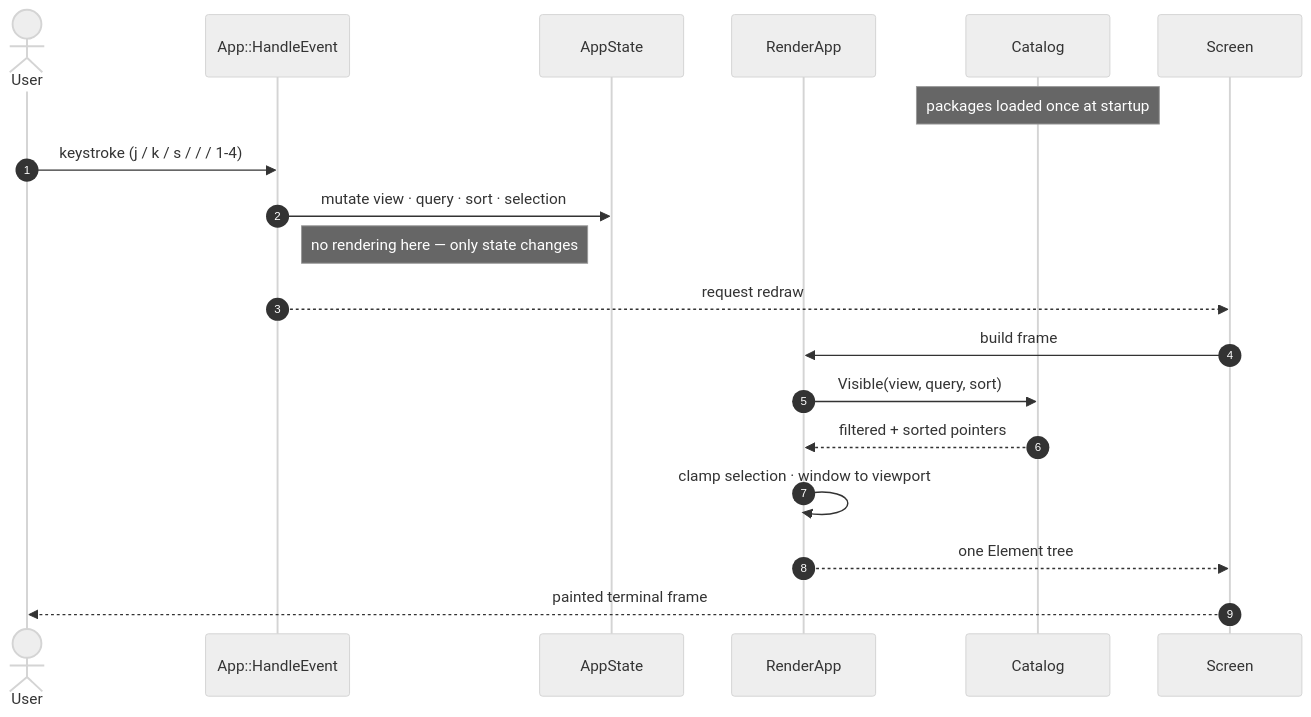
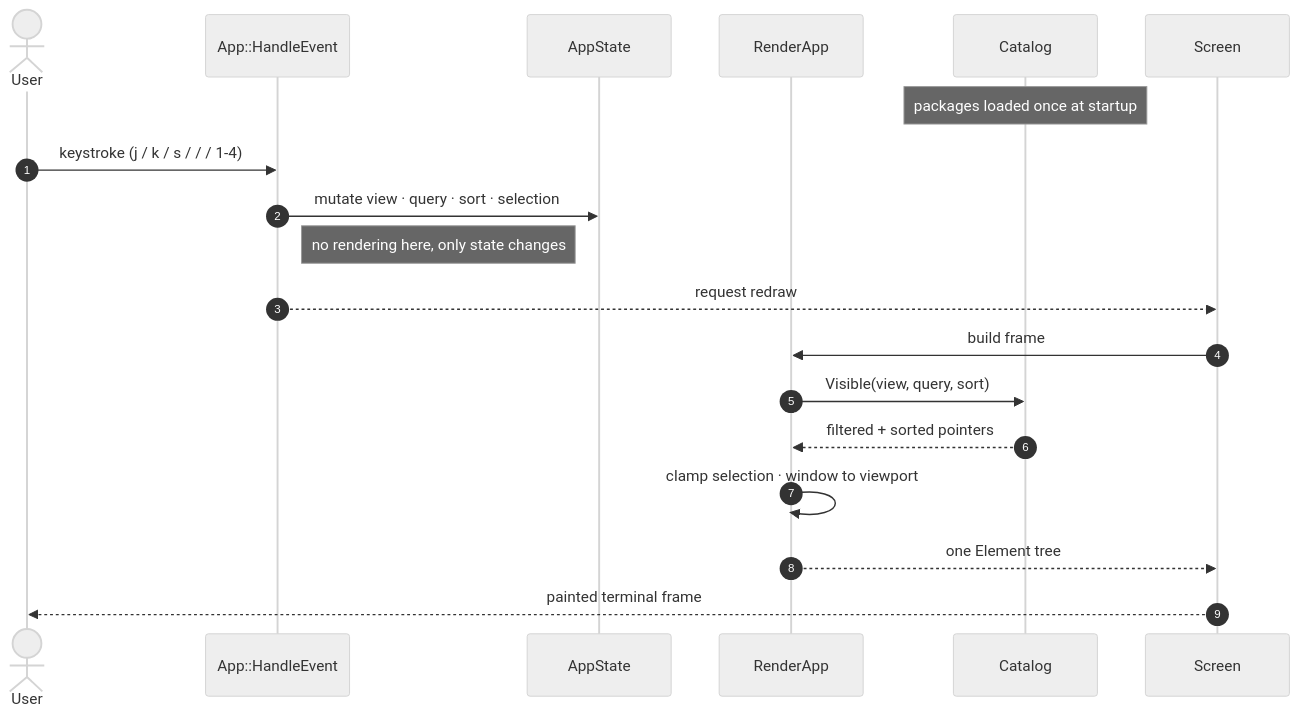
The second of 2 diagrams in docs/ARCHITECTURE.md (m1stD3V/pacseek), drawn with Mermaid (neutral theme) before and after one commit. The commit also changed other lines of this file and 2 other files, not shown here.

````diff
--- a/docs/ARCHITECTURE.md
+++ b/docs/ARCHITECTURE.md
@@ -191,23 +191,23 @@
 ```mermaid
 sequenceDiagram
     autonumber
     actor U as User
     participant E as App::HandleEvent
     participant S as AppState
     participant R as RenderApp
     participant C as Catalog
     participant SC as Screen
 
     Note over C: packages loaded once at startup
     U->>E: keystroke (j / k / s / / / 1-4)
     E->>S: mutate view · query · sort · selection
-    Note right of E: no rendering here — only state changes
+    Note right of E: no rendering here, only state changes
     E-->>SC: request redraw
 
     SC->>R: build frame
     R->>C: Visible(view, query, sort)
     C-->>R: filtered + sorted pointers
     R->>R: clamp selection · window to viewport
     R-->>SC: one Element tree
     SC-->>U: painted terminal frame
 ```
````
